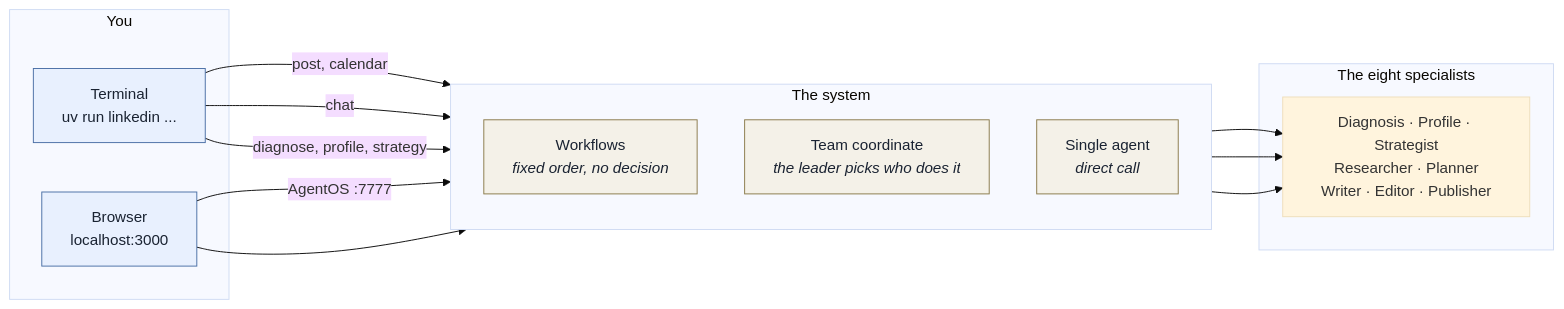
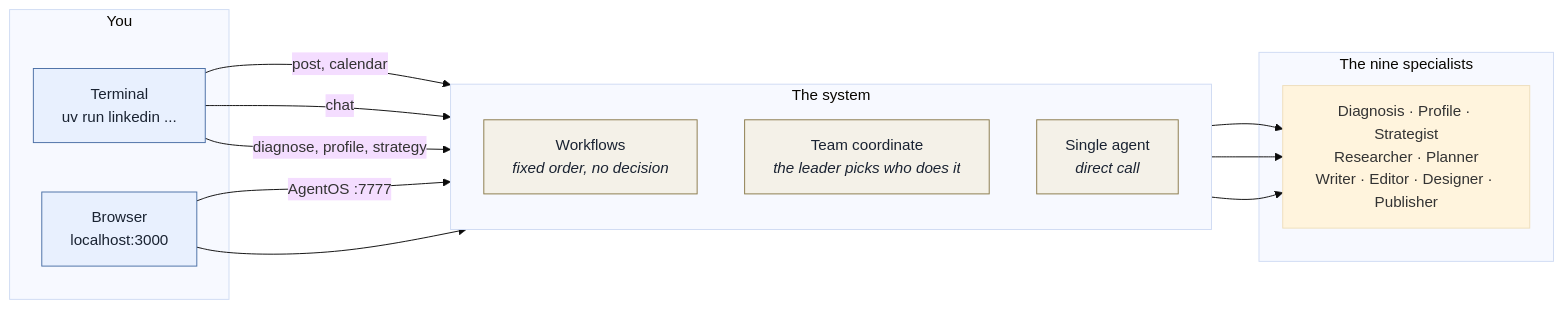
One commit to gabrantoniette/linkedin-growth-agents changed the third of 5 diagrams in docs/mindmap.md. Above: the diagram before and after it, drawn with Mermaid (base theme). The commit also changed other lines of this file and 77 other files, not shown here.

````diff
--- a/docs/mindmap.md
+++ b/docs/mindmap.md
@@ -154,33 +175,33 @@
 ```mermaid
 flowchart LR
     subgraph YOU["You"]
         CLI["Terminal<br/>uv run linkedin ..."]
         WEB["Browser<br/>localhost:3000"]
     end
 
     subgraph SYS["The system"]
         direction TB
         WF["Workflows<br/><i>fixed order, no decision</i>"]
         TEAM["Team coordinate<br/><i>the leader picks who does it</i>"]
         AG["Single agent<br/><i>direct call</i>"]
     end
 
-    subgraph EXEC["The eight specialists"]
-        A8["Diagnosis · Profile · Strategist<br/>Researcher · Planner<br/>Writer · Editor · Publisher"]
+    subgraph EXEC["The nine specialists"]
+        A8["Diagnosis · Profile · Strategist<br/>Researcher · Planner<br/>Writer · Editor · Designer · Publisher"]
     end
 
     CLI -->|post, calendar| WF
     CLI -->|chat| TEAM
     CLI -->|diagnose, profile, strategy| AG
     WEB -->|AgentOS :7777| TEAM
     WEB --> AG
 
     WF --> A8
     TEAM --> A8
     AG --> A8
 
     classDef you fill:#e8f0fe,stroke:#4a6fa5,color:#1a2332
     classDef sys fill:#f4f1e8,stroke:#8a7a4a,color:#1a2332
     class CLI,WEB you
     class WF,TEAM,AG sys
 ```
````
